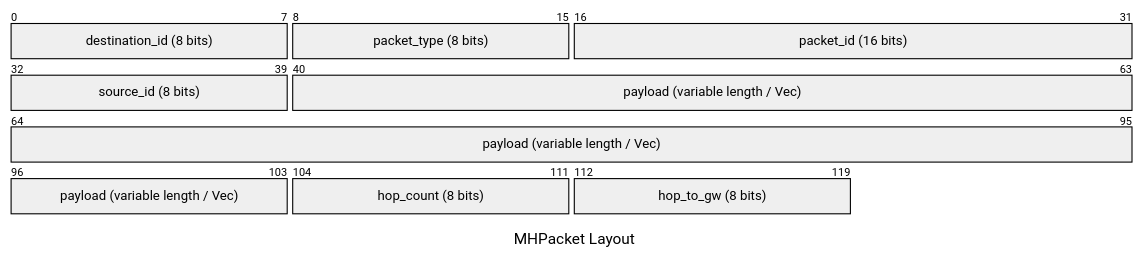
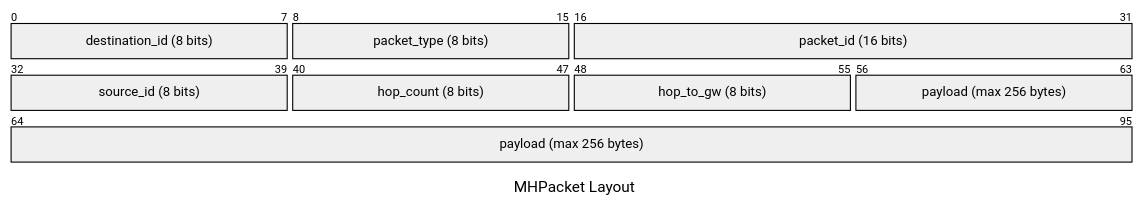
Before and after one commit to jakobolason/must-hop: the second of 2 diagrams in must-hop/src/algorithm.md, drawn with Mermaid. The commit also changed other lines of this file and 9 other files, not shown here.

````diff
--- a/must-hop/src/algorithm.md
+++ b/must-hop/src/algorithm.md
@@ -45,13 +44,13 @@
 ```mermaid
 ---
 title: "MHPacket Layout"
 ---
 packet-beta
 0-7: "destination_id (8 bits)"
 8-15: "packet_type (8 bits)"
 16-31: "packet_id (16 bits)"
 32-39: "source_id (8 bits)"
-40-103: "payload (variable length / Vec)"
-104-111: "hop_count (8 bits)"
-112-119: "hop_to_gw (8 bits)"
+40-47: "hop_count (8 bits)"
+48-55: "hop_to_gw (8 bits)"
+56-95: "payload (max 256 bytes)"
 ```
````
